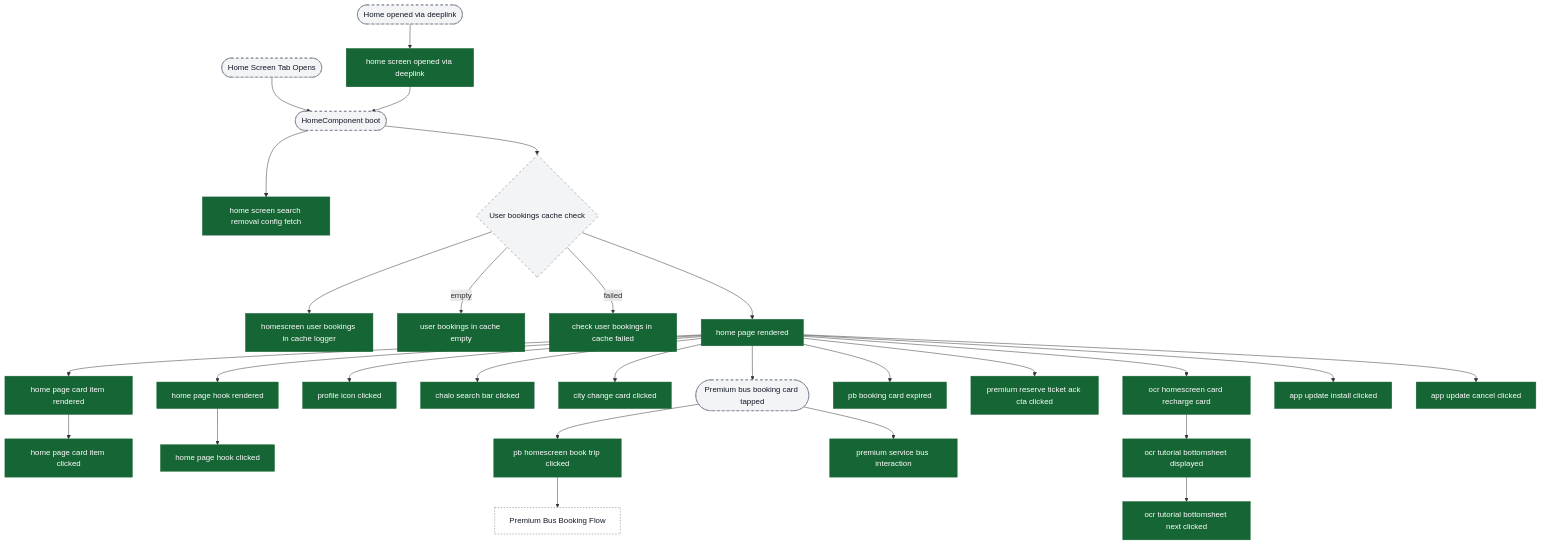
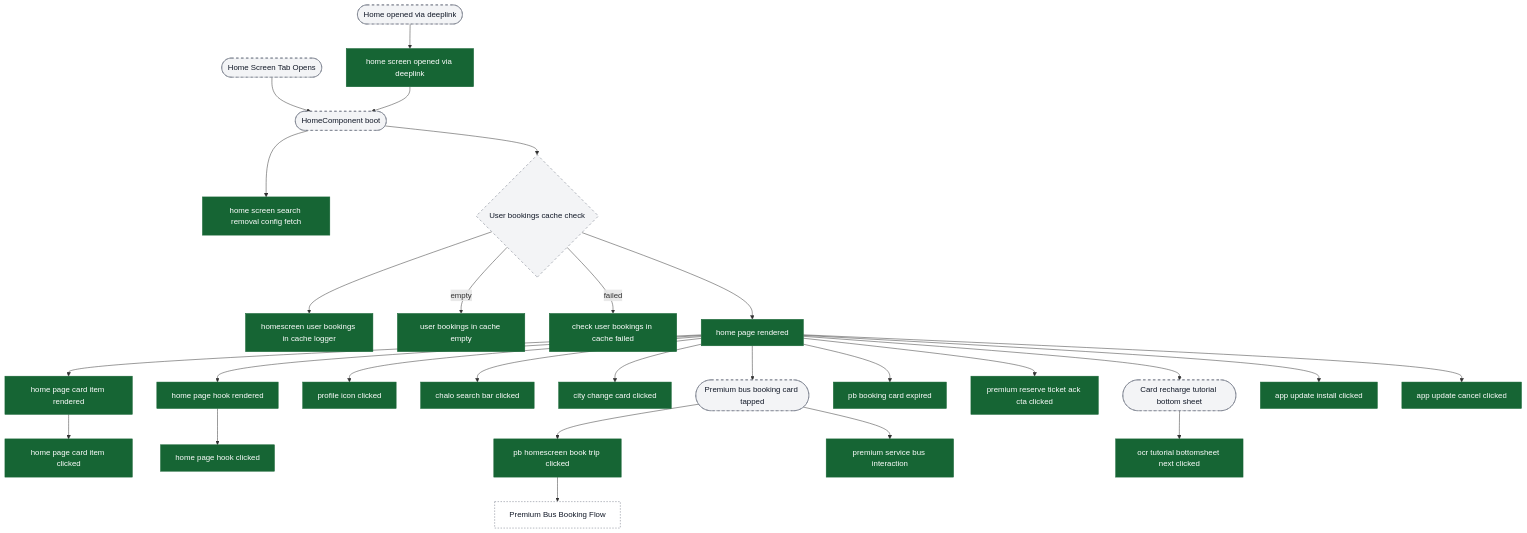
One commit to ratulsarna/chalo-app-dashboard changed the third of 18 diagrams in content/analytics/home/flow-diagrams.md. Above: the diagram before and after it, drawn with Mermaid. The commit also changed other lines of this file and 3 other files, not shown here.

Commit message:
feat(analytics): update event definitions and flow diagrams for home and instant ticket purchase flows

````diff
--- a/content/analytics/home/flow-diagrams.md
+++ b/content/analytics/home/flow-diagrams.md
@@ -55,47 +63,48 @@
 ```mermaid
 flowchart TD
+  %%chalo:diagram-link ev_profileIconClicked -> title:Profile Screen (drawer)
+  %%chalo:diagram-link ev_pbHomescreenBookTripClicked -> title:Funnel: Home Screen → Premium Bus Booking Card
   ui_homeScreen([Home Screen Tab Opens]) --> ui_homeBoot([HomeComponent boot])
   ui_deeplink([Home opened via deeplink]) --> ev_homeViaDeeplink["home screen opened via deeplink"]
   ev_homeViaDeeplink --> ui_homeBoot
 
   ui_homeBoot --> ev_searchRemovalConfigFetch["home screen search removal config fetch"]
   ui_homeBoot --> ui_cacheCheck{User bookings cache check}
   ui_cacheCheck --> ev_cacheLogger["homescreen user bookings in cache logger"]
   ui_cacheCheck -->|empty| ev_cacheEmpty["user bookings in cache empty"]
   ui_cacheCheck -->|failed| ev_cacheFailed["check user bookings in cache failed"]
   ui_cacheCheck --> ev_homePageRendered["home page rendered"]
 
   ev_homePageRendered --> ev_homePageCardItemRendered["home page card item rendered"]
   ev_homePageCardItemRendered --> ev_homePageCardItemClicked["home page card item clicked"]
 
   ev_homePageRendered --> ev_homePageHookRendered["home page hook rendered"]
   ev_homePageHookRendered --> ev_homePageHookClicked["home page hook clicked"]
 
   ev_homePageRendered --> ev_profileIconClicked["profile icon clicked"]
   ev_homePageRendered --> ev_chaloSearchBarClicked["chalo search bar clicked"]
   ev_homePageRendered --> ev_cityChangeCardClicked["city change card clicked"]
 
   ev_homePageRendered --> ui_pbBookingCardTap([Premium bus booking card tapped])
   ui_pbBookingCardTap --> ev_pbHomescreenBookTripClicked["pb homescreen book trip clicked"]
   ui_pbBookingCardTap --> ev_premiumServiceBusInteraction["premium service bus interaction"]
   ev_pbHomescreenBookTripClicked --> external_pbFlow[Premium Bus Booking Flow]
 
   ev_homePageRendered --> ev_pbBookingCardExpired["pb booking card expired"]
 
   ev_homePageRendered --> ev_premiumReserveTicketAckCtaClicked["premium reserve ticket ack cta clicked"]
 
-  ev_homePageRendered --> ev_ocrHomescreenCardRecharge["ocr homescreen card recharge card"]
-  ev_ocrHomescreenCardRecharge --> ev_ocrTutorialBottomsheetDisplayed["ocr tutorial bottomsheet displayed"]
-  ev_ocrTutorialBottomsheetDisplayed --> ev_ocrTutorialBottomsheetNextClicked["ocr tutorial bottomsheet next clicked"]
+  ev_homePageRendered --> ui_ocrTutorial([Card recharge tutorial bottom sheet])
+  ui_ocrTutorial --> ev_ocrTutorialBottomsheetNextClicked["ocr tutorial bottomsheet next clicked"]
 
   ev_homePageRendered --> ev_appUpdateInstallClicked["app update install clicked"]
   ev_homePageRendered --> ev_appUpdateCancelClicked["app update cancel clicked"]
 
   classDef event fill:#166534,stroke:#166534,color:#ffffff;
   classDef ui fill:#f3f4f6,stroke:#6b7280,stroke-dasharray: 5 5,color:#111827;
   classDef external fill:#ffffff,stroke:#6b7280,stroke-dasharray: 3 3,color:#111827;
 
-  class ev_homeViaDeeplink,ev_searchRemovalConfigFetch,ev_cacheLogger,ev_cacheEmpty,ev_cacheFailed,ev_homePageRendered,ev_homePageCardItemRendered,ev_homePageCardItemClicked,ev_homePageHookRendered,ev_homePageHookClicked,ev_profileIconClicked,ev_chaloSearchBarClicked,ev_cityChangeCardClicked,ev_pbHomescreenBookTripClicked,ev_premiumServiceBusInteraction,ev_pbBookingCardExpired,ev_premiumReserveTicketAckCtaClicked,ev_ocrHomescreenCardRecharge,ev_ocrTutorialBottomsheetDisplayed,ev_ocrTutorialBottomsheetNextClicked,ev_appUpdateInstallClicked,ev_appUpdateCancelClicked event;
-  class ui_homeScreen,ui_deeplink,ui_homeBoot,ui_cacheCheck,ui_pbBookingCardTap ui;
+  class ev_homeViaDeeplink,ev_searchRemovalConfigFetch,ev_cacheLogger,ev_cacheEmpty,ev_cacheFailed,ev_homePageRendered,ev_homePageCardItemRendered,ev_homePageCardItemClicked,ev_homePageHookRendered,ev_homePageHookClicked,ev_profileIconClicked,ev_chaloSearchBarClicked,ev_cityChangeCardClicked,ev_pbHomescreenBookTripClicked,ev_premiumServiceBusInteraction,ev_pbBookingCardExpired,ev_premiumReserveTicketAckCtaClicked,ev_ocrTutorialBottomsheetNextClicked,ev_appUpdateInstallClicked,ev_appUpdateCancelClicked event;
+  class ui_homeScreen,ui_deeplink,ui_homeBoot,ui_cacheCheck,ui_pbBookingCardTap,ui_ocrTutorial ui;
   class external_pbFlow external;
 ```
````
